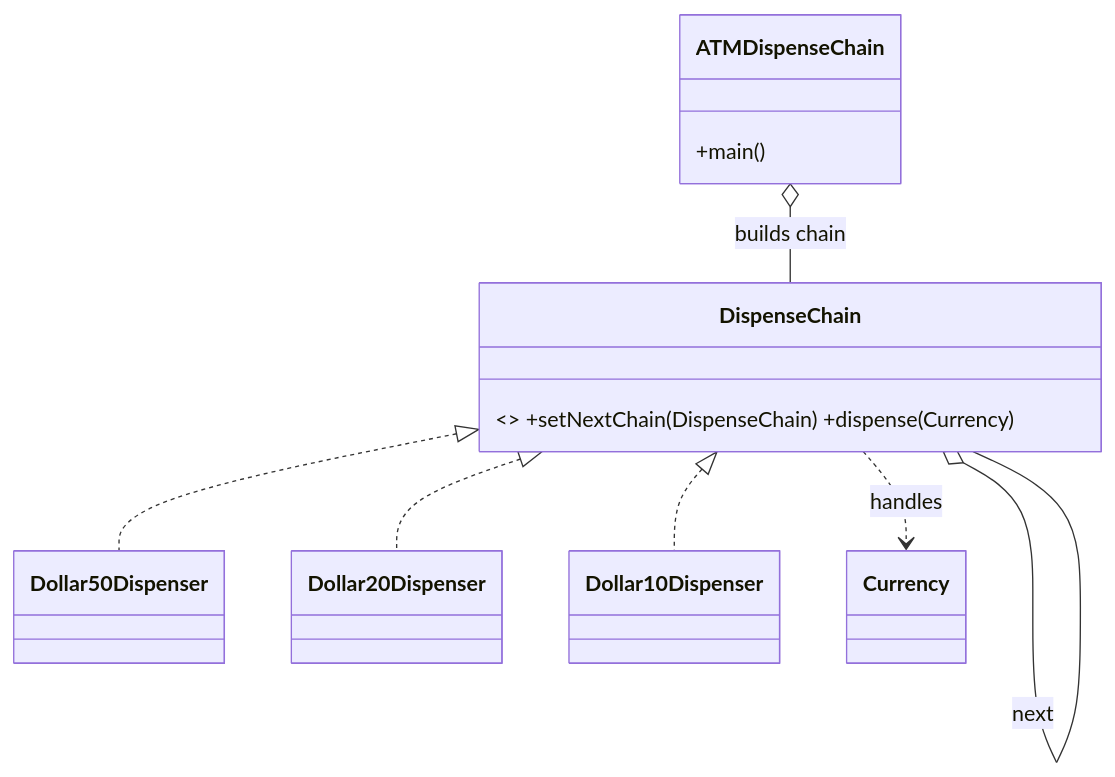
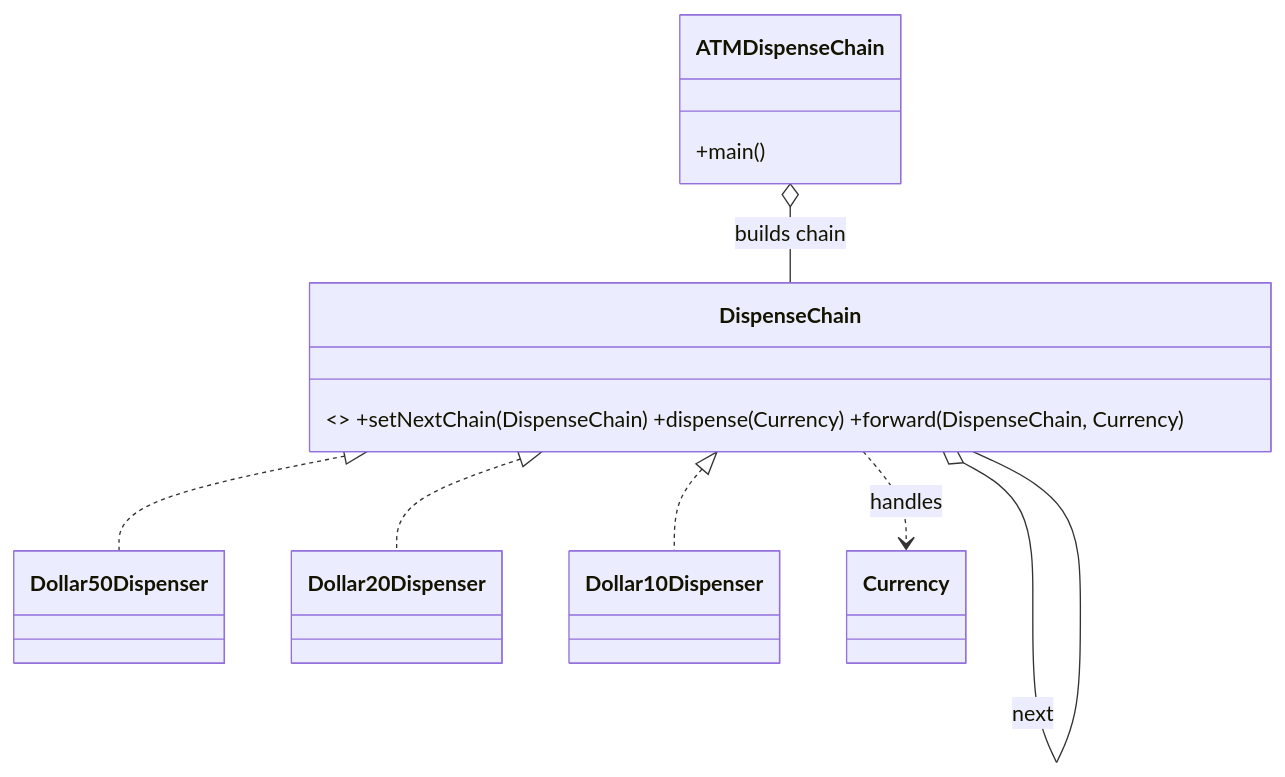
Before and after one commit to AlvinBAnerjee/Interview_and_Competitive_Programming: the second of 2 diagrams in src/MachineCoding_LLD/DesignPatterns/_07_ChainOfResponsibility/assets/README-source.md, drawn with Mermaid. The commit also changed other lines of this file and 7 other files, not shown here.

````diff
--- a/src/MachineCoding_LLD/DesignPatterns/_07_ChainOfResponsibility/assets/README-source.md
+++ b/src/MachineCoding_LLD/DesignPatterns/_07_ChainOfResponsibility/assets/README-source.md
@@ -30,16 +30,16 @@
 ```mermaid
 classDiagram
-    class DispenseChain { <<interface>> +setNextChain(DispenseChain) +dispense(Currency) }
+    class DispenseChain { <<interface>> +setNextChain(DispenseChain) +dispense(Currency) +forward(DispenseChain, Currency) }
     class Dollar50Dispenser
     class Dollar20Dispenser
     class Dollar10Dispenser
     class ATMDispenseChain { +main() }
     class Currency
 
     DispenseChain <|.. Dollar50Dispenser
     DispenseChain <|.. Dollar20Dispenser
     DispenseChain <|.. Dollar10Dispenser
     DispenseChain o-- DispenseChain : next
     ATMDispenseChain o-- DispenseChain : builds chain
     DispenseChain ..> Currency : handles
 ```
````
